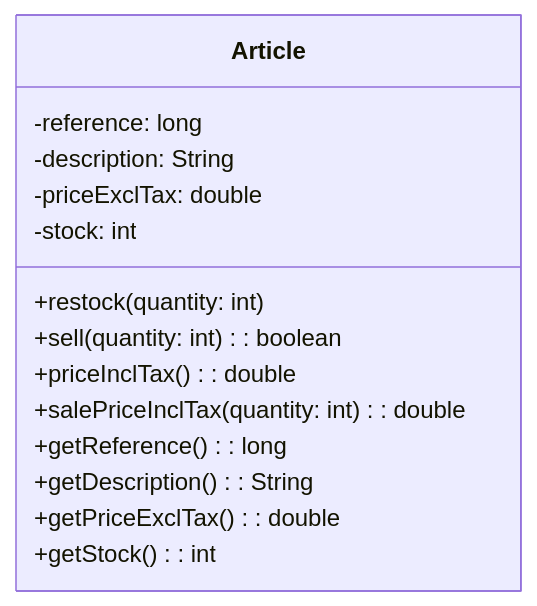
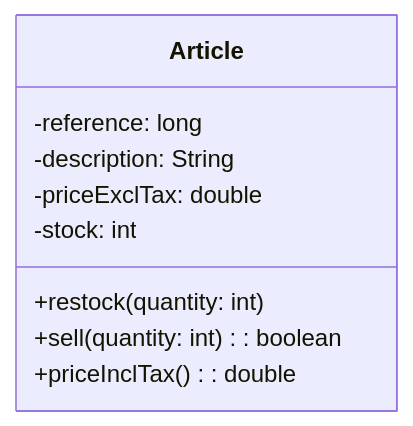
One commit to Lagmouchyoussef/java-oop-bank-store---Simple-and-descriptive changed the fourth of 6 diagrams in README.md. Above: the diagram before and after it, drawn with Mermaid. The commit also changed other lines of this file, not shown here.

Commit message:
docs: Professional README with enhanced decorations, icons and mermaid diagrams

````diff
--- a/README.md
+++ b/README.md
@@ -395,17 +297,12 @@
 ```mermaid
 classDiagram
     class Article {
         -reference: long
         -description: String
         -priceExclTax: double
         -stock: int
         +restock(quantity: int)
         +sell(quantity: int): boolean
         +priceInclTax(): double
-        +salePriceInclTax(quantity: int): double
-        +getReference(): long
-        +getDescription(): String
-        +getPriceExclTax(): double
-        +getStock(): int
     }
 ```
````
